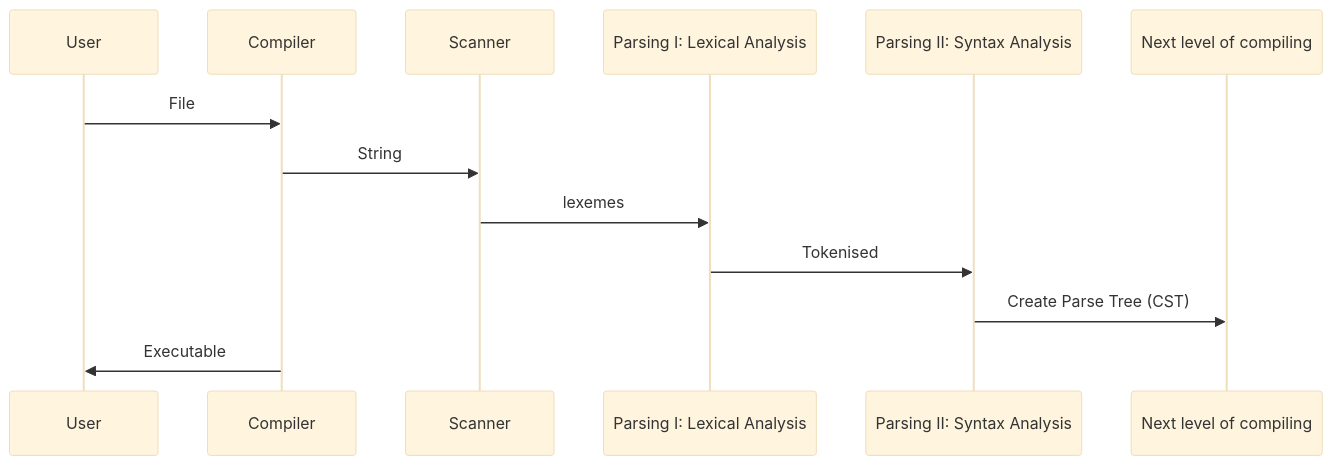
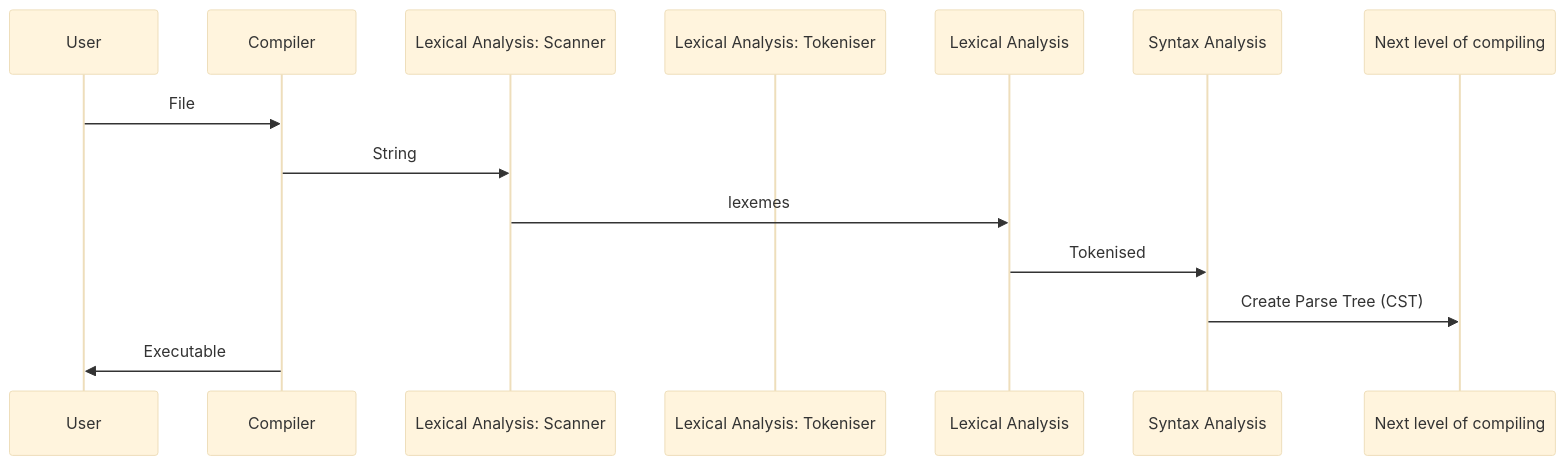
Before and after one commit to trshant-sugoi/stackedit: the diagram in drafts/2019-02-25-Compiler-I-AST.md, drawn with Mermaid (base theme). The commit also changed other lines of this file, not shown here.

Commit message:
drafts/2019-02-25-Compiler-I-AST.md updated from https://stackedit.io/

````diff
--- a/drafts/2019-02-25-Compiler-I-AST.md
+++ b/drafts/2019-02-25-Compiler-I-AST.md
@@ -18,14 +18,15 @@
 ```mermaid
 sequenceDiagram
 participant U as User  
 participant C as Compiler   
-participant S as Scanner   
-participant LA as Parsing I: Lexical Analysis  
-participant SA as Parsing II: Syntax Analysis  
+participant S as Lexical Analysis: Scanner
+participant T as Lexical Analysis: Tokeniser   
+participant LA as Lexical Analysis  
+participant SA as Syntax Analysis  
 U ->> C: File  
 C ->> S : String
 S ->> LA: lexemes  
 LA ->> SA : Tokenised   
 SA  ->> Next level of compiling : Create Parse Tree (CST) 
 C ->> U: Executable  
 ```  
````
